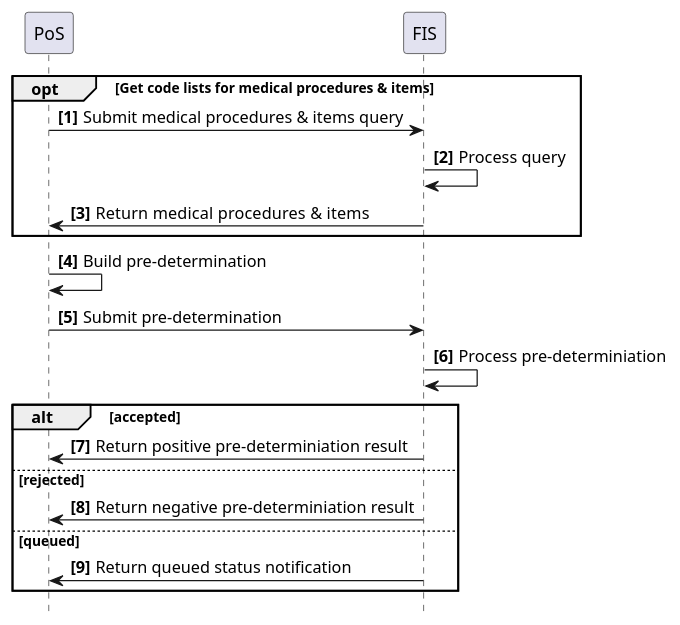
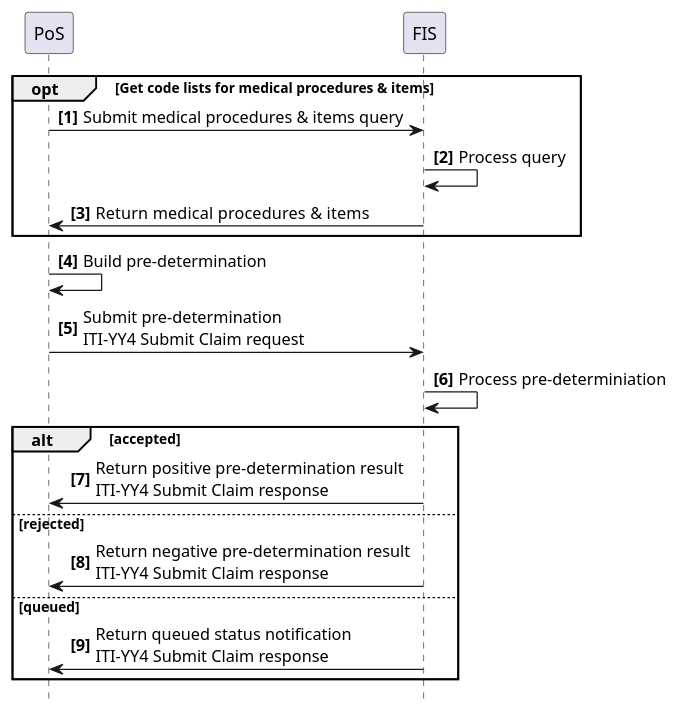
One commit to IHE/ITI.Finance changed the diagram in input/images-source/usecase5-processflow.plantuml. Above: the diagram before and after it, drawn with PlantUML. The commit also changed 9 other files, not shown here.

```diff
--- a/input/images-source/usecase5-processflow.plantuml
+++ b/input/images-source/usecase5-processflow.plantuml
@@ -1,29 +1,29 @@
 @startuml
 skinparam svgDimensionStyle false
 hide footbox
 autonumber "<b>[0]"
 
 participant PoS
 participant FIS
 
 
 opt Get code lists for medical procedures & items
 	PoS -> FIS: Submit medical procedures & items query
 	FIS -> FIS: Process query
 	FIS -> PoS: Return  medical procedures & items
 end opt
  
 
 PoS -> PoS: Build pre-determination
-PoS -> FIS: Submit pre-determination
+PoS -> FIS: Submit pre-determination\nITI-YY4 Submit Claim request
 FIS -> FIS: Process pre-determiniation
 
 alt accepted
-	FIS -> PoS: Return positive pre-determiniation result
+	FIS -> PoS: Return positive pre-determination result\nITI-YY4 Submit Claim response
 else rejected
-	FIS -> PoS: Return negative pre-determiniation result
+	FIS -> PoS: Return negative pre-determination result\nITI-YY4 Submit Claim response
 else queued
-	FIS -> PoS: Return queued status notification
+	FIS -> PoS: Return queued status notification\nITI-YY4 Submit Claim response
 end
 
 @enduml
```
